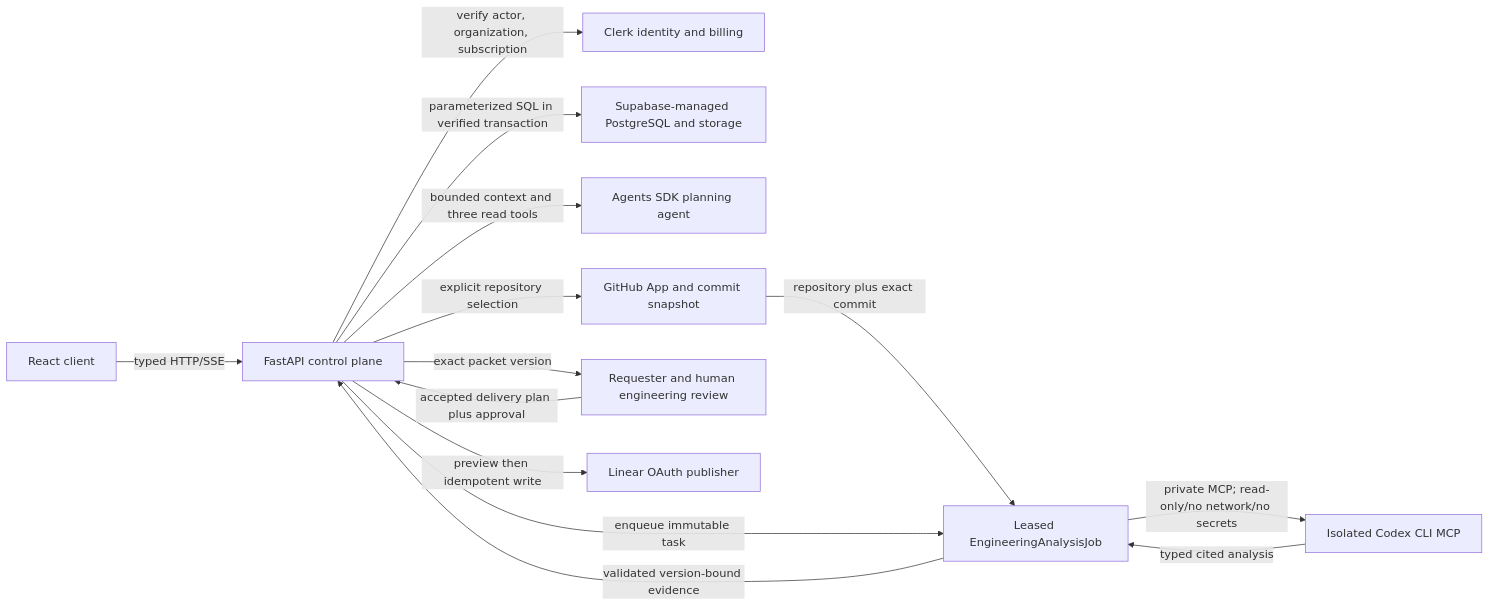
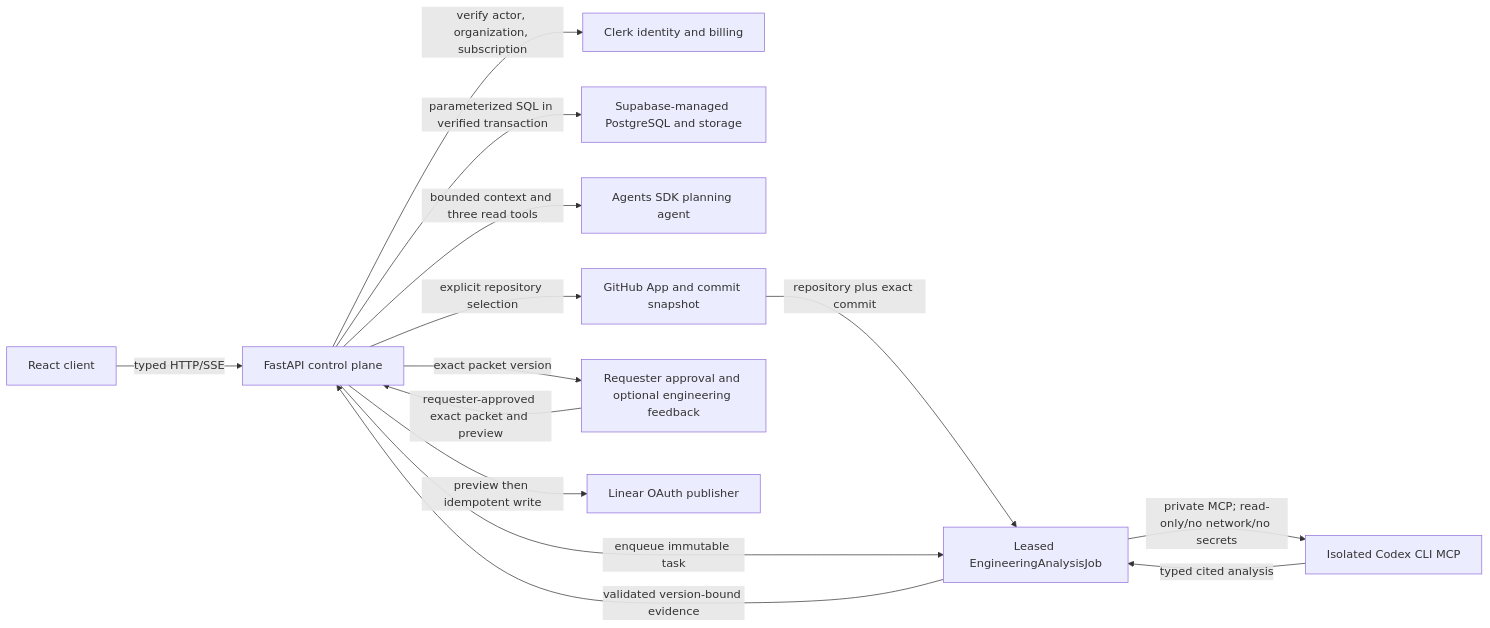
The first of 7 diagrams in docs/architecture/system-architecture-and-decision-records.md (StefanosCodes/Clio), drawn with Mermaid before and after one commit. The commit also changed other lines of this file, not shown here.

Commit message:
STE-6: align workflow authority and custom tool architecture

````diff
--- a/docs/architecture/system-architecture-and-decision-records.md
+++ b/docs/architecture/system-architecture-and-decision-records.md
@@ -47,27 +53,27 @@
 ```mermaid
 flowchart LR
     UI["React client"]
     API["FastAPI control plane"]
     ID["Clerk identity and billing"]
     DB["Supabase-managed PostgreSQL and storage"]
     PA["Agents SDK planning agent"]
     GH["GitHub App and commit snapshot"]
     J["Leased EngineeringAnalysisJob"]
     CX["Isolated Codex CLI MCP"]
-    HR["Requester and human engineering review"]
+    HR["Requester approval and optional engineering feedback"]
     LI["Linear OAuth publisher"]
 
     UI -->|"typed HTTP/SSE"| API
     API -->|"verify actor, organization, subscription"| ID
     API -->|"parameterized SQL in verified transaction"| DB
     API -->|"bounded context and three read tools"| PA
     API -->|"explicit repository selection"| GH
     GH -->|"repository plus exact commit"| J
     API -->|"enqueue immutable task"| J
     J -->|"private MCP; read-only/no network/no secrets"| CX
     CX -->|"typed cited analysis"| J
     J -->|"validated version-bound evidence"| API
     API -->|"exact packet version"| HR
-    HR -->|"accepted delivery plan plus approval"| API
+    HR -->|"requester-approved exact packet and preview"| API
     API -->|"preview then idempotent write"| LI
 ```
````
